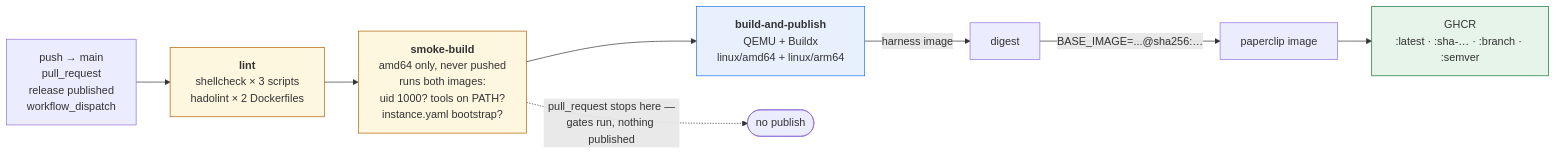
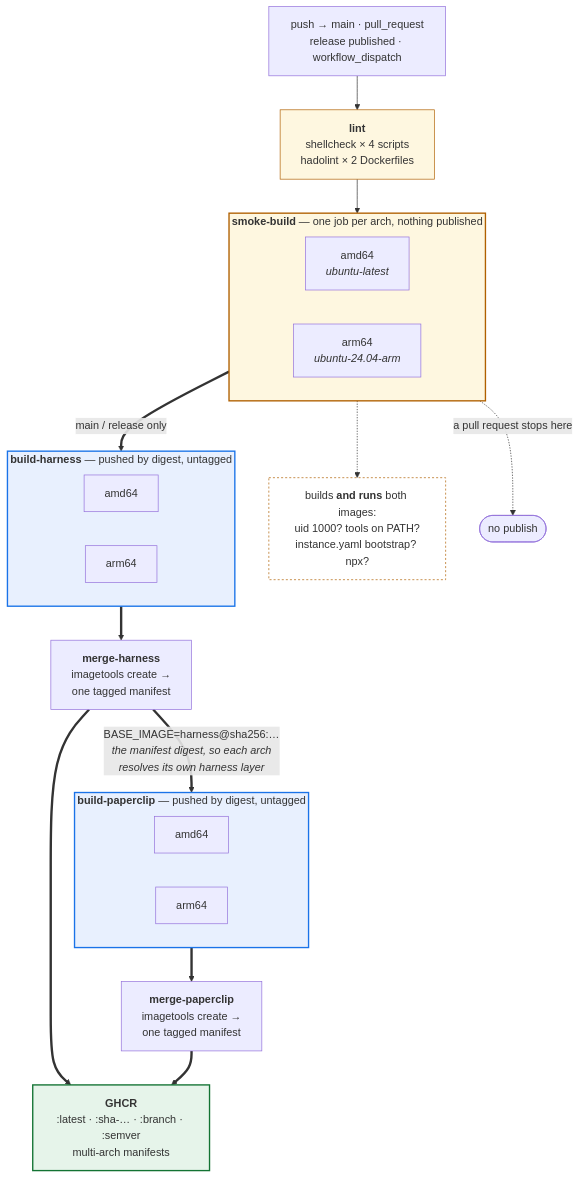
The second of 2 diagrams in documentation/technical-architecture.md (stainedhead/agentic-team-w-paperclip), drawn with Mermaid before and after one commit. The commit also changed other lines of this file and 6 other files, not shown here.

````diff
--- a/documentation/technical-architecture.md
+++ b/documentation/technical-architecture.md
@@ -64,20 +67,48 @@
 ```mermaid
-flowchart LR
-    TRIG["push → main<br/>pull_request<br/>release published<br/>workflow_dispatch"] --> LINT
+flowchart TB
+    TRIG["push → main · pull_request<br/>release published · workflow_dispatch"] --> LINT
 
-    LINT["<b>lint</b><br/>shellcheck × 3 scripts<br/>hadolint × 2 Dockerfiles"]
-    SMOKE["<b>smoke-build</b><br/>amd64 only, never pushed<br/>runs both images:<br/>uid 1000? tools on PATH?<br/>instance.yaml bootstrap?"]
-    PUB["<b>build-and-publish</b><br/>QEMU + Buildx<br/>linux/amd64 + linux/arm64"]
+    LINT["<b>lint</b><br/>shellcheck × 4 scripts<br/>hadolint × 2 Dockerfiles"]
 
-    LINT --> SMOKE --> PUB
-    PUB -->|"harness image"| DIG["digest"]
-    DIG -->|"BASE_IMAGE=...@sha256:…"| PUB2["paperclip image"]
-    PUB2 --> GHCR["GHCR<br/>:latest · :sha-… · :branch · :semver"]
+    subgraph SMOKE["<b>smoke-build</b> — one job per arch, nothing published"]
+        direction LR
+        SA["amd64<br/><i>ubuntu-latest</i>"]
+        SB["arm64<br/><i>ubuntu-24.04-arm</i>"]
+    end
+    SMOKE_NOTE["builds <b>and runs</b> both images:<br/>uid 1000? tools on PATH?<br/>instance.yaml bootstrap? npx?"]
 
-    SMOKE -.->|"pull_request stops here —<br/>gates run, nothing published"| STOP(["no publish"])
+    LINT --> SMOKE
+    SMOKE -.-> SMOKE_NOTE
+    SMOKE -.->|"a pull request stops here"| STOP(["no publish"])
+
+    subgraph BH["<b>build-harness</b> — pushed by digest, untagged"]
+        direction LR
+        HA["amd64"]
+        HB["arm64"]
+    end
+
+    MH["<b>merge-harness</b><br/>imagetools create →<br/>one tagged manifest"]
+
+    subgraph BP["<b>build-paperclip</b> — pushed by digest, untagged"]
+        direction LR
+        PA["amd64"]
+        PB["arm64"]
+    end
+
+    MP["<b>merge-paperclip</b><br/>imagetools create →<br/>one tagged manifest"]
+    GHCR["<b>GHCR</b><br/>:latest · :sha-… · :branch · :semver<br/>multi-arch manifests"]
+
+    SMOKE ==>|"main / release only"| BH
+    BH ==> MH
+    MH ==>|"BASE_IMAGE=harness@sha256:…<br/><i>the manifest digest, so each arch<br/>resolves its own harness layer</i>"| BP
+    BP ==> MP
+    MH ==> GHCR
+    MP ==> GHCR
 
     style LINT fill:#fef7e0,stroke:#b06000
-    style SMOKE fill:#fef7e0,stroke:#b06000
-    style PUB fill:#e8f0fe,stroke:#1a73e8
-    style GHCR fill:#e6f4ea,stroke:#137333
+    style SMOKE fill:#fef7e0,stroke:#b06000,stroke-width:2px
+    style SMOKE_NOTE fill:#fff,stroke:#b06000,stroke-dasharray: 3 3
+    style BH fill:#e8f0fe,stroke:#1a73e8,stroke-width:2px
+    style BP fill:#e8f0fe,stroke:#1a73e8,stroke-width:2px
+    style GHCR fill:#e6f4ea,stroke:#137333,stroke-width:2px
 ```
````
